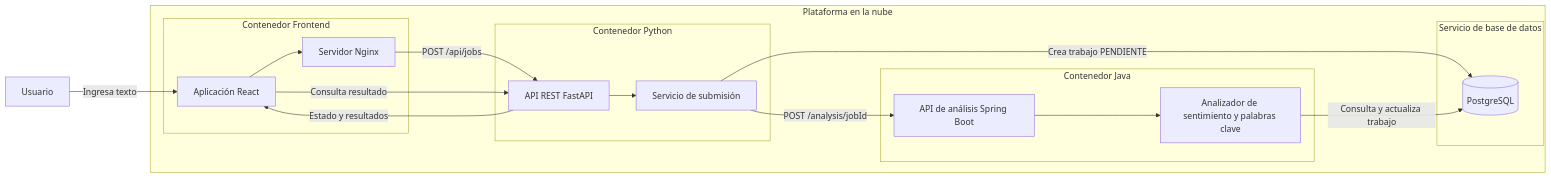
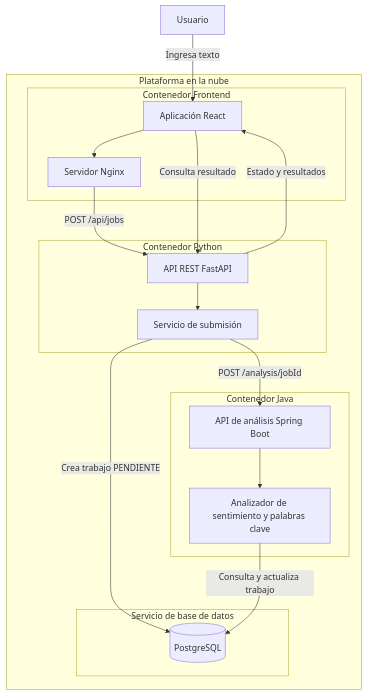
Before and after one commit to JoseLuis1116/AnalytiCore: the diagram in docs/diagramas/diagrama-componentes.md, drawn with Mermaid.

Commit message:
Agregar y mejorar diagramas de arquitectura

````diff
--- a/docs/diagramas/diagrama-componentes.md
+++ b/docs/diagramas/diagrama-componentes.md
@@ -3,36 +3,36 @@
 ```mermaid
-flowchart LR
+flowchart TB
     U[Usuario]
 
     subgraph CLOUD[Plataforma en la nube]
         subgraph FRONT[Contenedor Frontend]
             REACT[Aplicación React]
             NGINX[Servidor Nginx]
         end
 
         subgraph PYTHON[Contenedor Python]
             API[API REST FastAPI]
             ORQ[Servicio de submisión]
         end
 
         subgraph JAVA[Contenedor Java]
             ANALYSIS[API de análisis Spring Boot]
             ENGINE[Analizador de sentimiento y palabras clave]
         end
 
         subgraph DATA[Servicio de base de datos]
             DB[(PostgreSQL)]
         end
     end
 
     U -->|Ingresa texto| REACT
     REACT --> NGINX
     NGINX -->|POST /api/jobs| API
     API --> ORQ
     ORQ -->|Crea trabajo PENDIENTE| DB
     ORQ -->|POST /analysis/jobId| ANALYSIS
     ANALYSIS --> ENGINE
     ENGINE -->|Consulta y actualiza trabajo| DB
     REACT -->|Consulta resultado| API
     API -->|Estado y resultados| REACT
 ```
````
